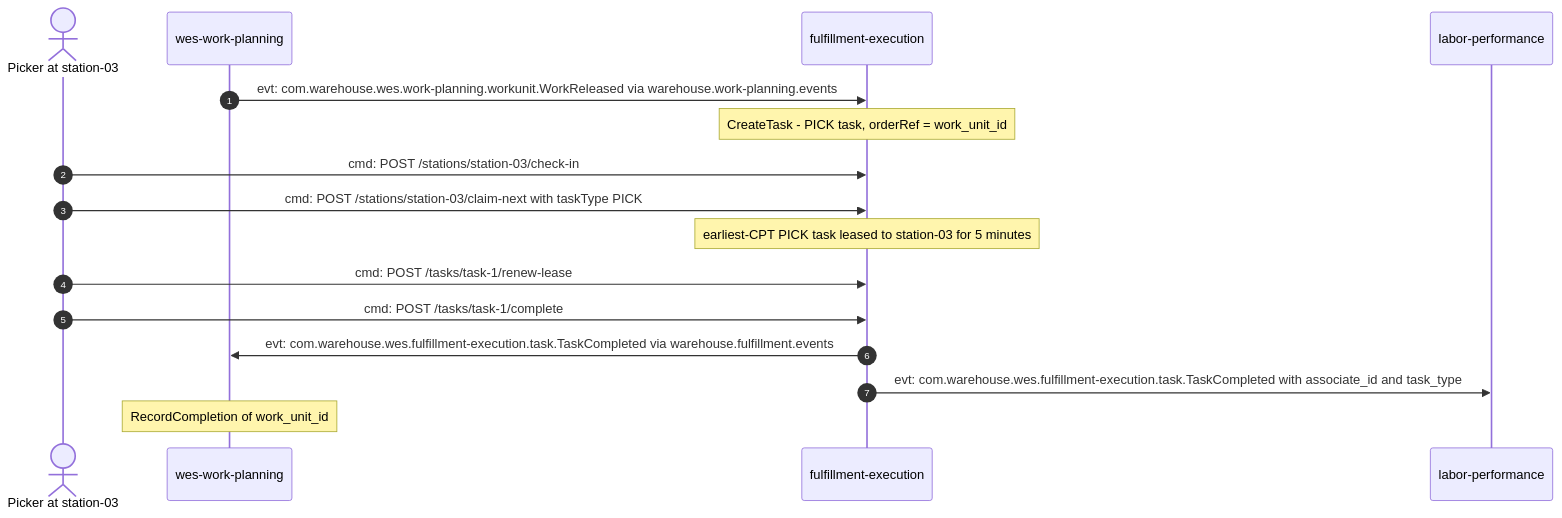
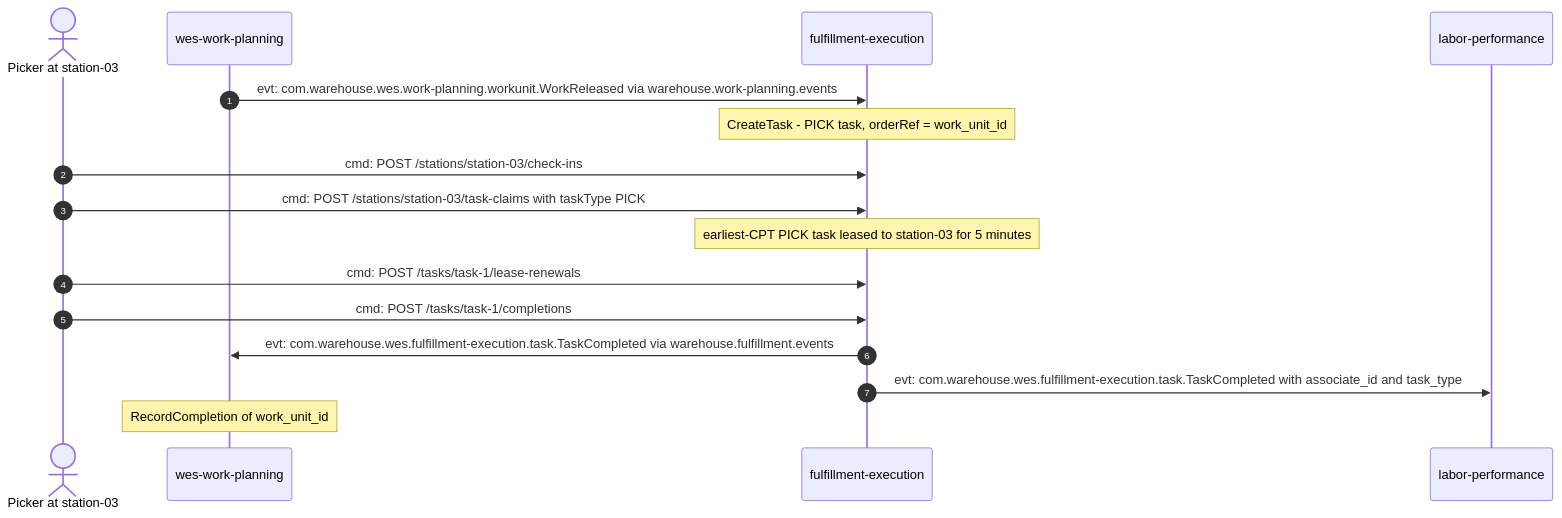
One commit to IQVO/warehouse-docs changed the first of 4 diagrams in docs/contexts/fulfillment-execution/domain-message-flow.md. Above: the diagram before and after it, drawn with Mermaid. The commit also changed other lines of this file and 272 other files, not shown here.

````diff
--- a/docs/contexts/fulfillment-execution/domain-message-flow.md
+++ b/docs/contexts/fulfillment-execution/domain-message-flow.md
@@ -32,18 +32,18 @@
 ```mermaid
 sequenceDiagram
     autonumber
     actor Picker as Picker at station-03
     participant WP as wes-work-planning
     participant FE as fulfillment-execution
     participant LP as labor-performance
     WP->>FE: evt: com.warehouse.wes.work-planning.workunit.WorkReleased via warehouse.work-planning.events
     Note over FE: CreateTask - PICK task, orderRef = work_unit_id
-    Picker->>FE: cmd: POST /stations/station-03/check-in
-    Picker->>FE: cmd: POST /stations/station-03/claim-next with taskType PICK
+    Picker->>FE: cmd: POST /stations/station-03/check-ins
+    Picker->>FE: cmd: POST /stations/station-03/task-claims with taskType PICK
     Note over FE: earliest-CPT PICK task leased to station-03 for 5 minutes
-    Picker->>FE: cmd: POST /tasks/task-1/renew-lease
-    Picker->>FE: cmd: POST /tasks/task-1/complete
+    Picker->>FE: cmd: POST /tasks/task-1/lease-renewals
+    Picker->>FE: cmd: POST /tasks/task-1/completions
     FE->>WP: evt: com.warehouse.wes.fulfillment-execution.task.TaskCompleted via warehouse.fulfillment.events
     FE->>LP: evt: com.warehouse.wes.fulfillment-execution.task.TaskCompleted with associate_id and task_type
     Note over WP: RecordCompletion of work_unit_id
 ```
````
